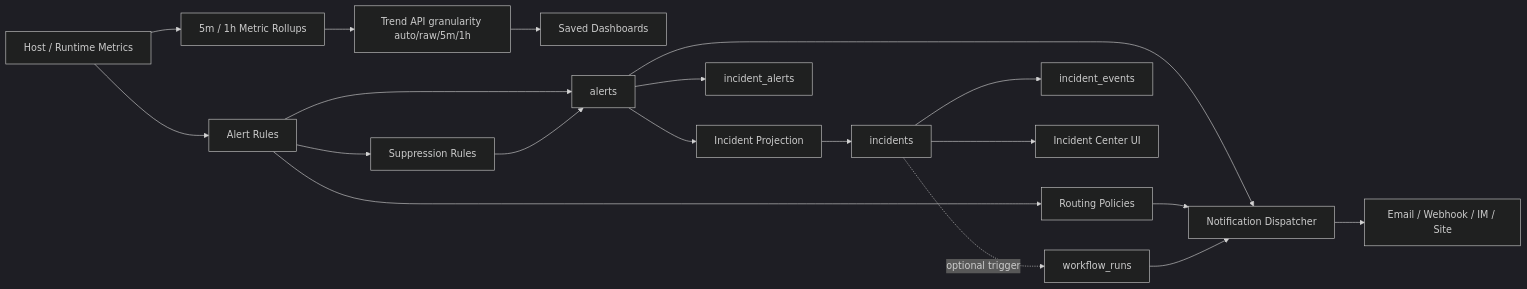
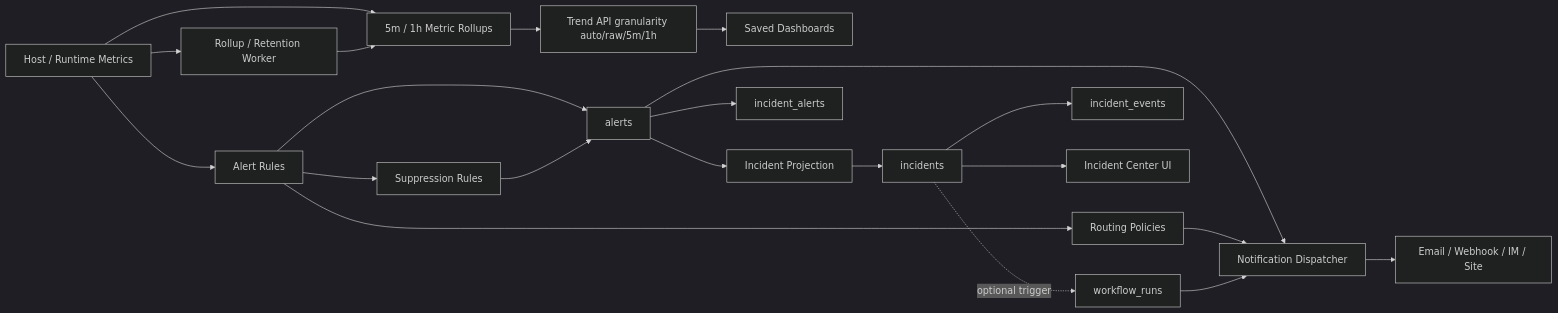
The third of 5 diagrams in docs/UML/core-uml-v1.0-update.en.md (Zhenmeng8023/OpsPilot), drawn with Mermaid (dark theme) before and after one commit. The commit also changed other lines of this file and 13 other files, not shown here.

````diff
--- a/docs/UML/core-uml-v1.0-update.en.md
+++ b/docs/UML/core-uml-v1.0-update.en.md
@@ -129,23 +129,25 @@
 ```mermaid
 flowchart LR
   Metrics["Host / Runtime Metrics"] --> Rules["Alert Rules"]
   Metrics --> Rollups["5m / 1h Metric Rollups"]
+  Metrics --> MetricWorker["Rollup / Retention Worker"]
+  MetricWorker --> Rollups
   Rollups --> TrendAPI["Trend API granularity auto/raw/5m/1h"]
   TrendAPI --> Dashboards["Saved Dashboards"]
   Rules --> Suppression["Suppression Rules"]
   Rules --> Routing["Routing Policies"]
   Rules --> Alerts["alerts"]
   Suppression --> Alerts
   Alerts --> IncidentProject["Incident Projection"]
   IncidentProject --> Incidents["incidents"]
   Alerts --> IncidentLinks["incident_alerts"]
   Incidents --> IncidentEvents["incident_events"]
 
   Incidents --> Console["Incident Center UI"]
   Alerts --> Notifications["Notification Dispatcher"]
   Routing --> Notifications
   Notifications --> Channels["Email / Webhook / IM / Site"]
 
   Incidents -.optional trigger.-> Workflows["workflow_runs"]
   Workflows --> Notifications
 ```
````
